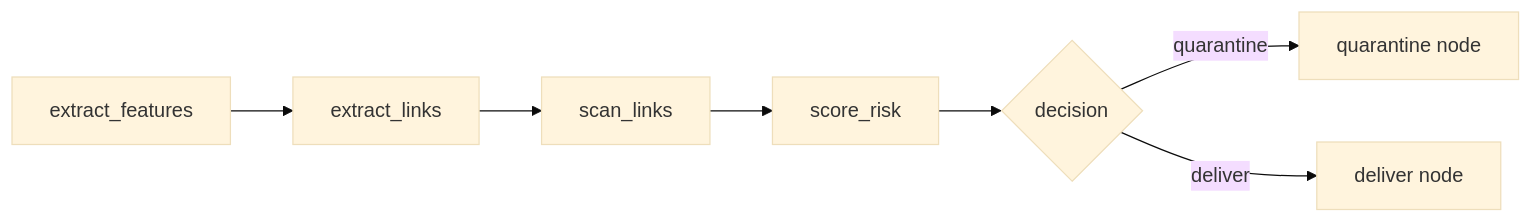
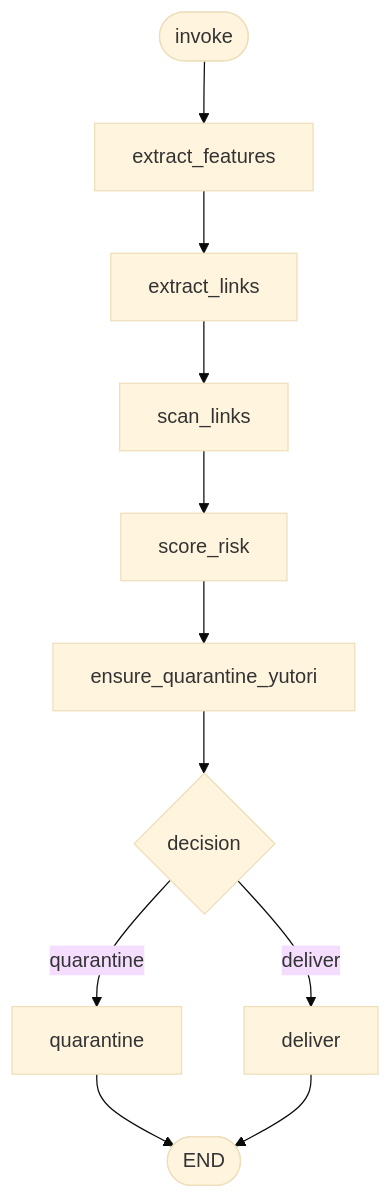
The third of 4 diagrams in README.md (pramodthe/anti-scam.ai), drawn with Mermaid (base theme) before and after one commit. The commit also changed other lines of this file and 21 other files, not shown here.

````diff
--- a/README.md
+++ b/README.md
@@ -38,9 +101,13 @@
 ```mermaid
-flowchart LR
-    A[extract_features] --> B[extract_links]
-    B --> C[scan_links]
-    C --> D[score_risk]
-    D --> E{decision}
-    E -->|quarantine| F[quarantine node]
-    E -->|deliver| G[deliver node]
+flowchart TD
+  START([invoke]) --> EF[extract_features]
+  EF --> EL[extract_links]
+  EL --> SL[scan_links]
+  SL --> SR[score_risk]
+  SR --> EQ[ensure_quarantine_yutori]
+  EQ --> ROUTE{decision}
+  ROUTE -->|quarantine| Q[quarantine]
+  ROUTE -->|deliver| D[deliver]
+  Q --> ENDN([END])
+  D --> ENDN
 ```
````
